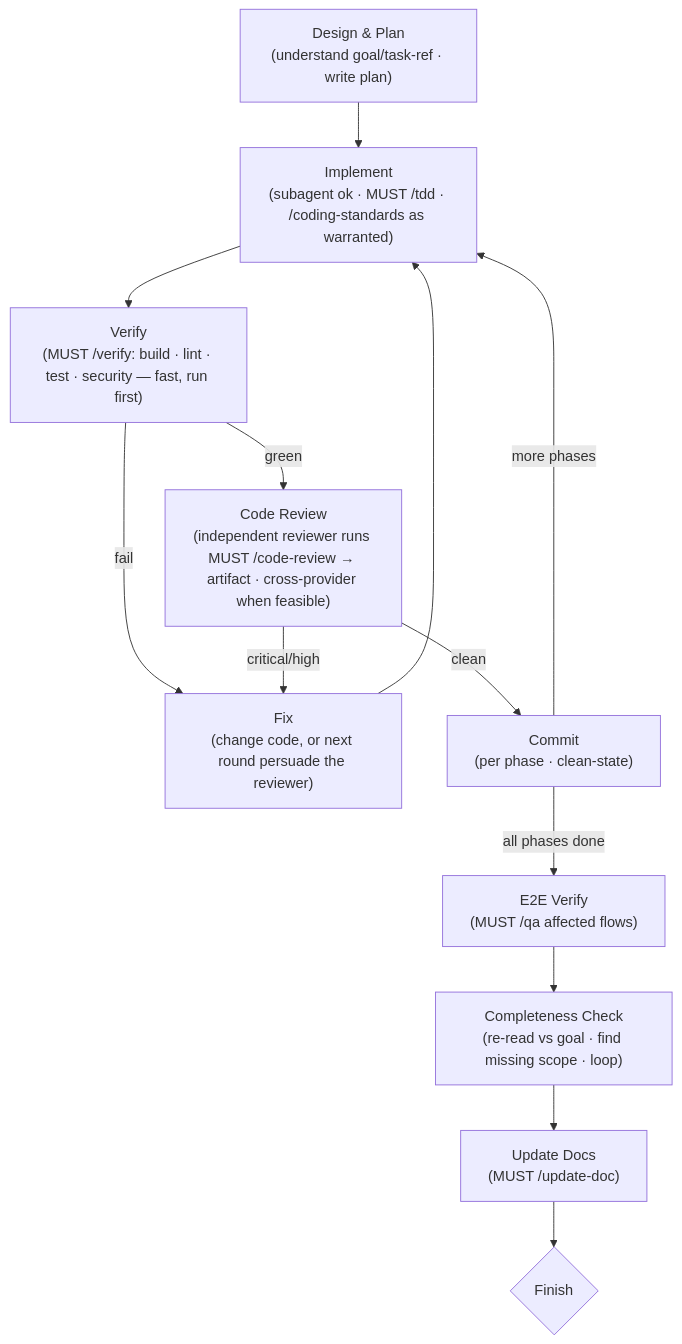
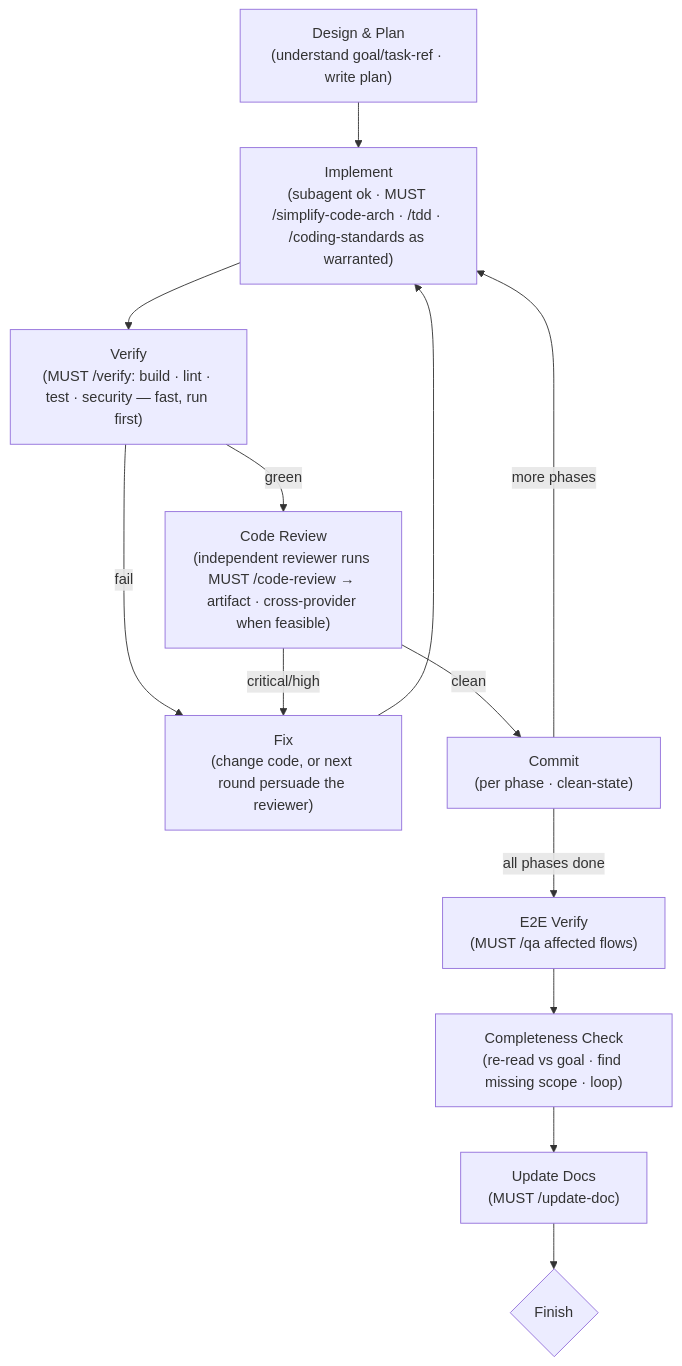
One commit to imoonkey/yaco changed the diagram in agent-config/global/skills/implement/SKILL.md. Above: the diagram before and after it, drawn with Mermaid. The commit also changed other lines of this file and 2 other files, not shown here.

Commit message:
feat(skills): promote simplify-code-arch to global; wire into design/implement
Subtractive-KISS implementation discipline distilled from the quant
*-collapse projects (analysis: quant plan/all/simplify-skill/).
/design and /implement now MUST-USE it: design gates every proposed
class/layer/knob; implement loads it before coding and runs its
self-review on the diff.

````diff
--- a/agent-config/global/skills/implement/SKILL.md
+++ b/agent-config/global/skills/implement/SKILL.md
@@ -29,20 +29,20 @@
 ```mermaid
 flowchart TB
   D["Design & Plan<br/>(understand goal/task-ref · write plan)"]
-  I["Implement<br/>(subagent ok · MUST /tdd · /coding-standards as warranted)"]
+  I["Implement<br/>(subagent ok · MUST /simplify-code-arch · /tdd · /coding-standards as warranted)"]
   V["Verify<br/>(MUST /verify: build · lint · test · security — fast, run first)"]
   R["Code Review<br/>(independent reviewer runs MUST /code-review → artifact · cross-provider when feasible)"]
   F["Fix<br/>(change code, or next round persuade the reviewer)"]
   C["Commit<br/>(per phase · clean-state)"]
   Q["E2E Verify<br/>(MUST /qa affected flows)"]
   FC["Completeness Check<br/>(re-read vs goal · find missing scope · loop)"]
   U["Update Docs<br/>(MUST /update-doc)"]
   X{"Finish"}
   D --> I --> V
   V -->|fail| F --> I
   V -->|green| R
   R -->|critical/high| F
   R -->|clean| C
   C -->|more phases| I
   C -->|all phases done| Q --> FC --> U --> X
 ```
````
